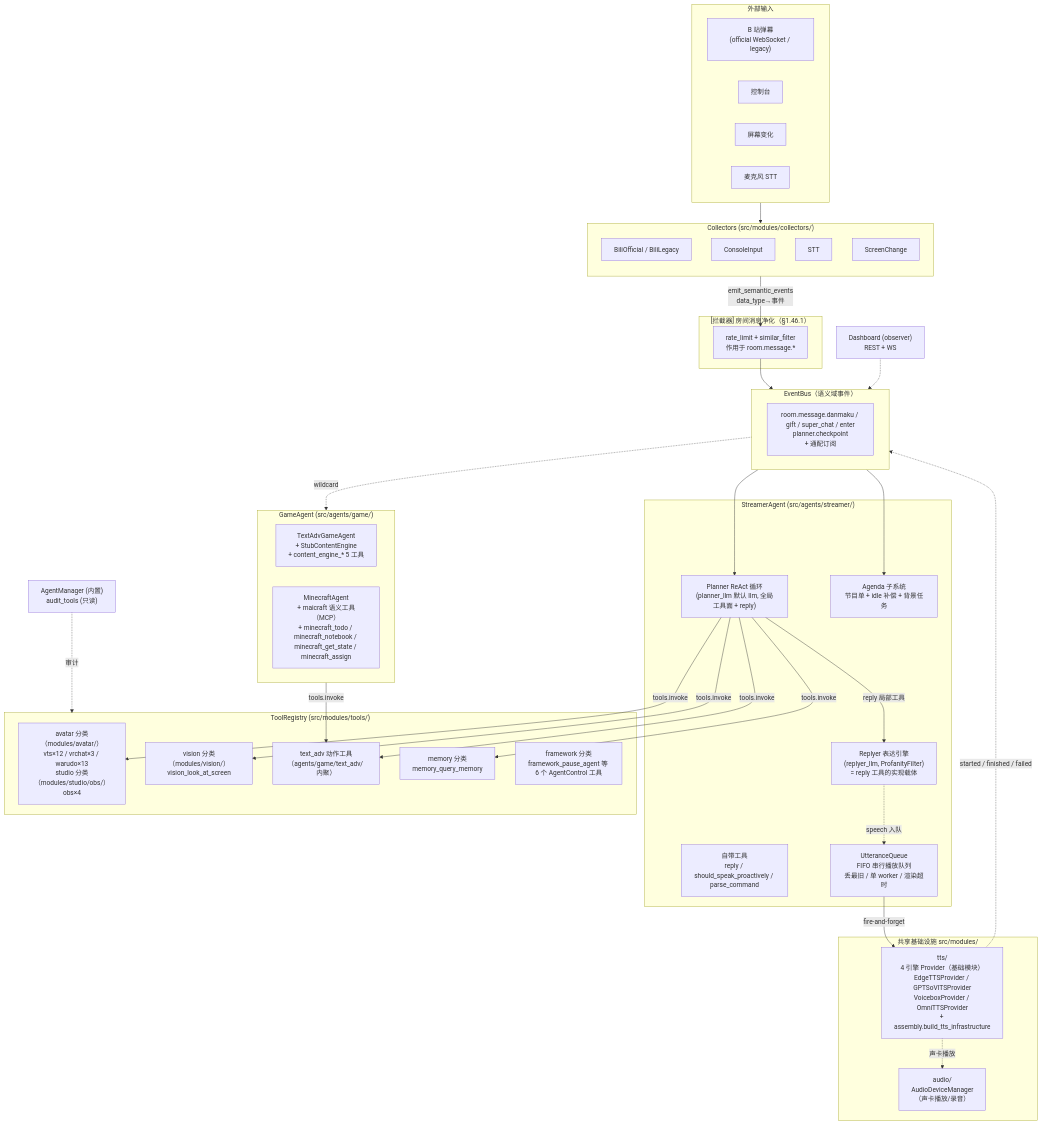
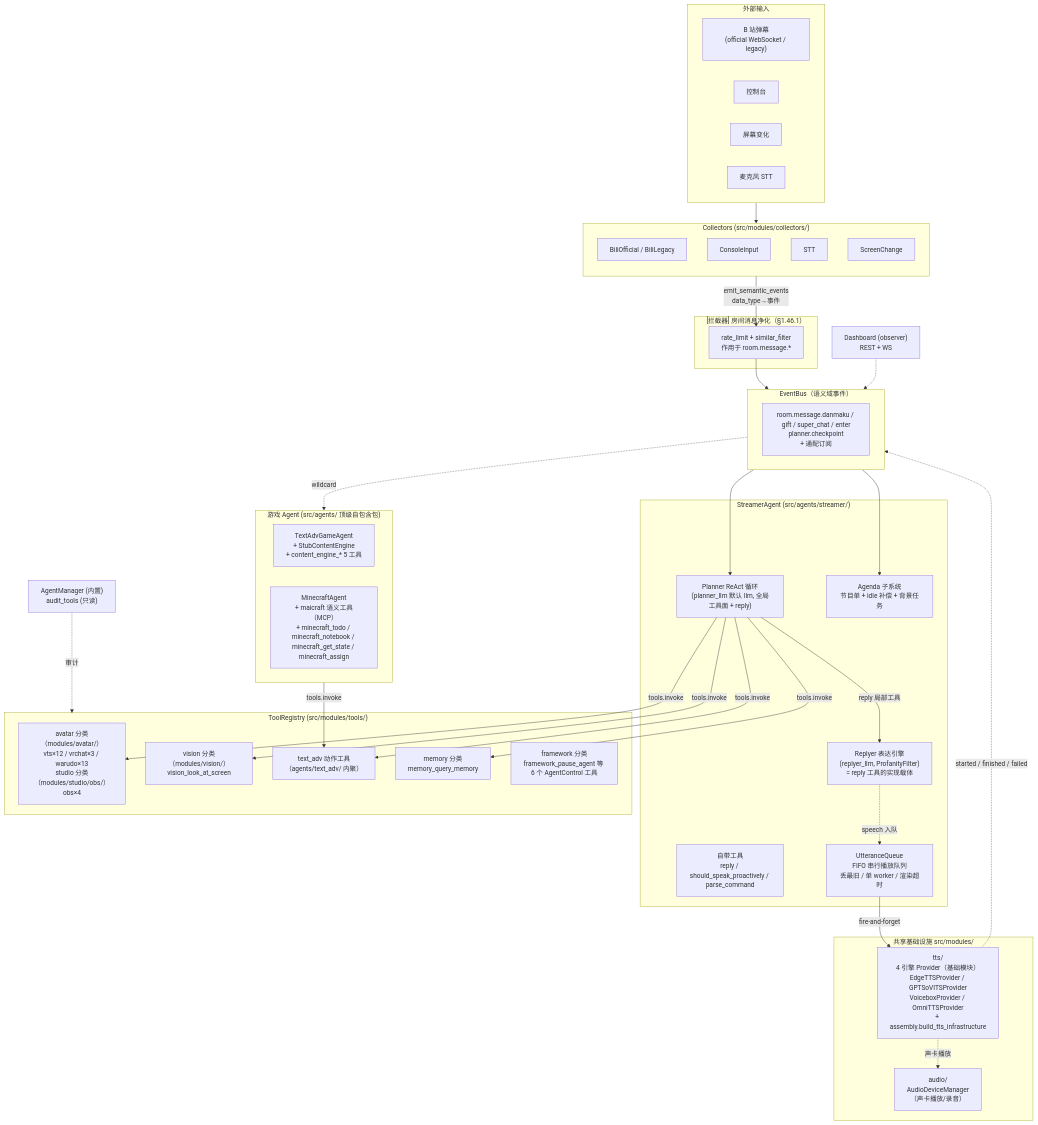
One commit to Mai-with-u/Amaidesu changed the first of 3 diagrams in docs/architecture/overview.md. Above: the diagram before and after it, drawn with Mermaid. The commit also changed other lines of this file and 7 other files, not shown here.

````diff
--- a/docs/architecture/overview.md
+++ b/docs/architecture/overview.md
@@ -12,70 +12,70 @@
 ```mermaid
 flowchart TB
     subgraph Ext["外部输入"]
         Bili["B 站弹幕<br/>(official WebSocket / legacy)"]
         Cons["控制台"]
         Screen["屏幕变化"]
         Mic["麦克风 STT"]
     end
 
     subgraph Collectors["Collectors (src/modules/collectors/)"]
         direction TB
         CBili["BiliOfficial / BiliLegacy"]
         CCons["ConsoleInput"]
         CMic["STT"]
         CScreen["ScreenChange"]
     end
 
     subgraph Interceptors["[拦截器] 房间消息净化（§1.46.1）"]
         INT["rate_limit + similar_filter<br/>作用于 room.message.*"]
     end
 
     subgraph Bus["EventBus（语义域事件）"]
         EB["room.message.danmaku / gift / super_chat / enter<br/>planner.checkpoint<br/>+ 通配订阅"]
     end
 
     subgraph Streamer["StreamerAgent (src/agents/streamer/)"]
         Planner["Planner ReAct 循环<br/>(planner_llm 默认 llm, 全局工具面 + reply)"]
         Reply["Replyer 表达引擎<br/>(replyer_llm, ProfanityFilter)<br/>= reply 工具的实现载体"]
         Agenda["Agenda 子系统<br/>节目单 + idle 补偿 + 背景任务"]
         Tools["自带工具<br/>reply / should_speak_proactively / parse_command"]
         UQ["UtteranceQueue<br/>FIFO 串行播放队列<br/>丢最旧 / 单 worker / 渲染超时"]
     end
 
-    subgraph Game["GameAgent (src/agents/game/)"]
+    subgraph Game["游戏 Agent (src/agents/ 顶级自包含包)"]
         TextAdv["TextAdvGameAgent<br/>+ StubContentEngine<br/>+ content_engine_* 5 工具"]
         MC["MinecraftAgent<br/>+ maicraft 语义工具（MCP）<br/>+ minecraft_todo / minecraft_notebook / minecraft_get_state / minecraft_assign"]
     end
 
     subgraph Registry["ToolRegistry (src/modules/tools/)"]
         Out["avatar 分类（modules/avatar/）<br/>vts×12 / vrchat×3 / warudo×13<br/>studio 分类（modules/studio/obs/）obs×4"]
         Per["vision 分类（modules/vision/）<br/>vision_look_at_screen"]
-        CE["text_adv 动作工具<br/>（agents/game/text_adv/ 内聚）"]
+        CE["text_adv 动作工具<br/>（agents/text_adv/ 内聚）"]
         Mem["memory 分类<br/>memory_query_memory"]
         Ctrl["framework 分类<br/>framework_pause_agent 等 6 个 AgentControl 工具"]
     end
 
     subgraph InFra["共享基础设施 src/modules/"]
         TTS["tts/<br/>4 引擎 Provider（基础模块）<br/>EdgeTTSProvider / GPTSoVITSProvider<br/>VoiceboxProvider / OmniTTSProvider<br/>+ assembly.build_tts_infrastructure"]
         Audio["audio/<br/>AudioDeviceManager<br/>（声卡播放/录音）"]
     end
 
     Ext --> Collectors
     Collectors -->|"emit_semantic_events<br/>data_type→事件"| INT
     INT --> Bus
     Bus --> Planner
     Bus --> Agenda
     Planner -->|reply 局部工具| Reply
     Planner -->|tools.invoke| Out
     Planner -->|tools.invoke| CE
     Planner -->|tools.invoke| Per
     Planner -->|tools.invoke| Mem
     Bus -.->|wildcard| Game
     Game -->|tools.invoke| CE
     Reply -.->|speech 入队| UQ
     UQ -->|fire-and-forget| TTS
     TTS -.->|started / finished / failed| Bus
     TTS -.->|声卡播放| Audio
     Manager["AgentManager (内置)<br/>audit_tools (只读)"] -.->|审计| Registry
     Dashboard["Dashboard (observer)<br/>REST + WS"] -.-> Bus
 ```
````
